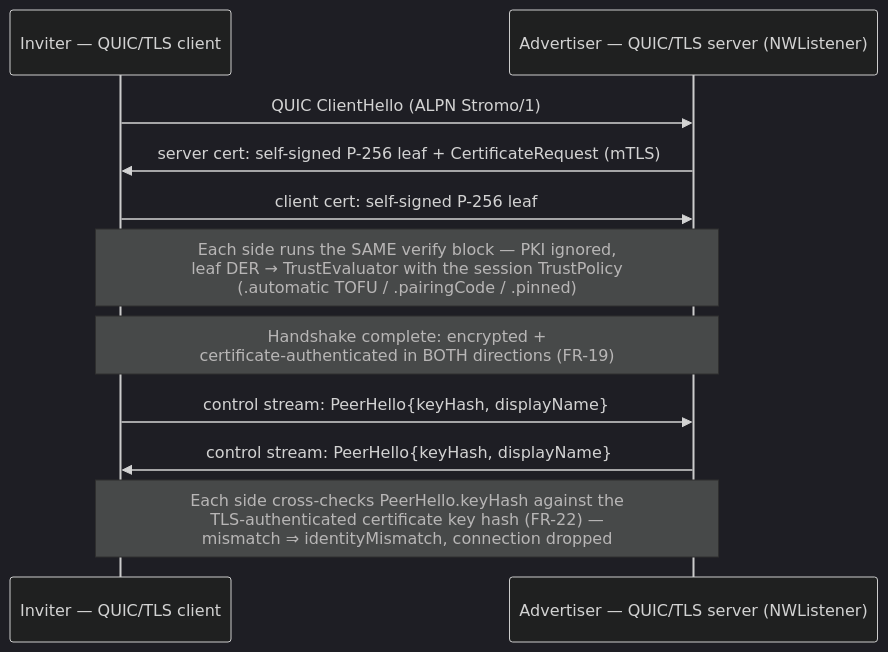
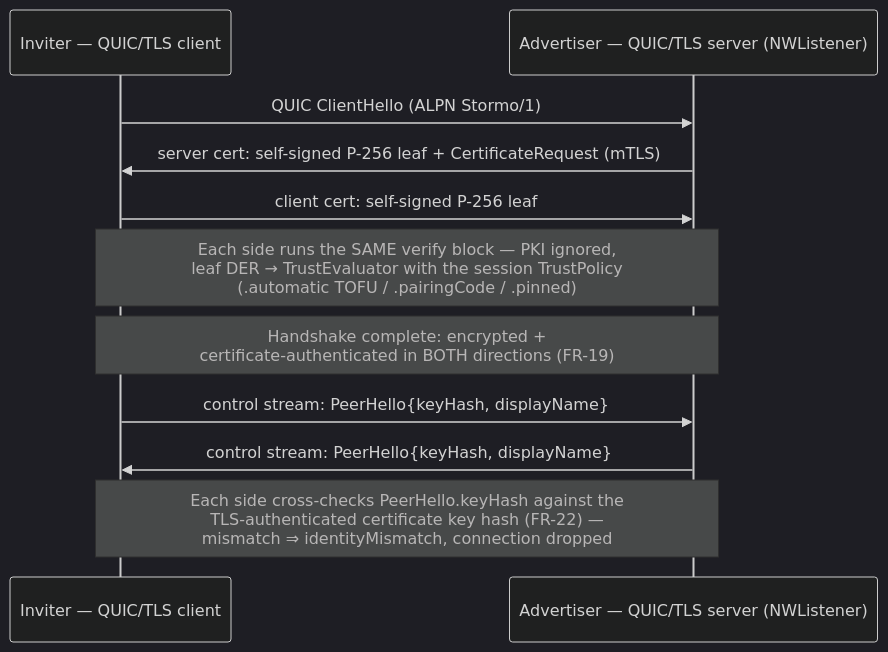
One commit to security-union/Stormo changed the eighth of 8 diagrams in docs/design-mpc-successor.md. Above: the diagram before and after it, drawn with Mermaid (dark theme). The commit also changed other lines of this file and 93 other files, not shown here.

First line of the commit message:
Fix the rename: Stromo -> Stormo, and finish the mechanical moves

````diff
--- a/docs/design-mpc-successor.md
+++ b/docs/design-mpc-successor.md
@@ -511,13 +511,13 @@
 ```mermaid
 sequenceDiagram
     participant B as Inviter — QUIC/TLS client
     participant A as Advertiser — QUIC/TLS server (NWListener)
-    B->>A: QUIC ClientHello (ALPN Stromo/1)
+    B->>A: QUIC ClientHello (ALPN Stormo/1)
     A->>B: server cert: self-signed P-256 leaf + CertificateRequest (mTLS)
     B->>A: client cert: self-signed P-256 leaf
     Note over B,A: Each side runs the SAME verify block — PKI ignored,<br/>leaf DER → TrustEvaluator with the session TrustPolicy<br/>(.automatic TOFU / .pairingCode / .pinned)
     Note over B,A: Handshake complete: encrypted +<br/>certificate-authenticated in BOTH directions (FR-19)
     B->>A: control stream: PeerHello{keyHash, displayName}
     A->>B: control stream: PeerHello{keyHash, displayName}
     Note over B,A: Each side cross-checks PeerHello.keyHash against the<br/>TLS-authenticated certificate key hash (FR-22) —<br/>mismatch ⇒ identityMismatch, connection dropped
 ```
````
